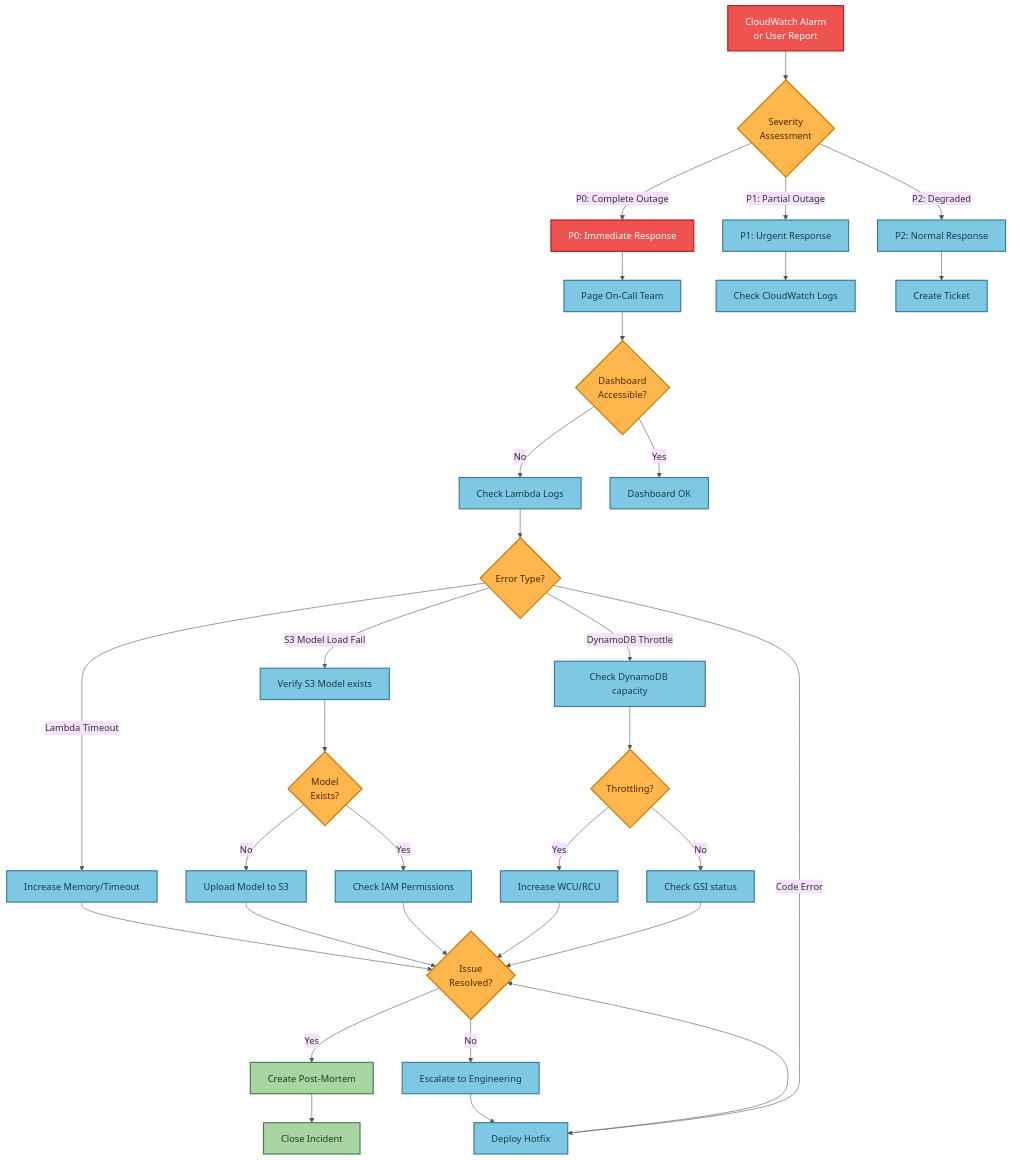
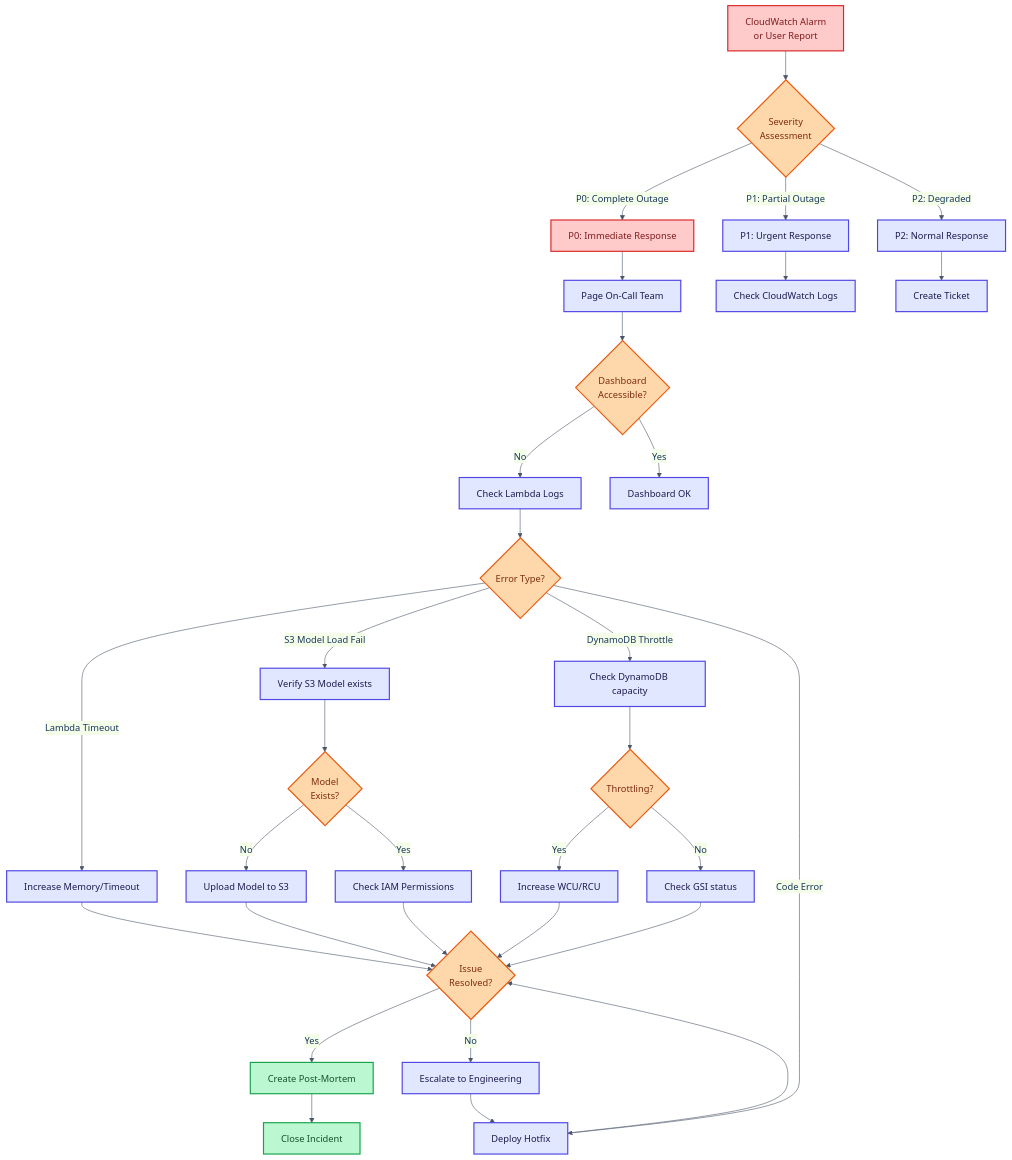
The fourth of 10 diagrams in docs/OPERATIONAL_FLOWS.md (traylorre/sentiment-analyzer-gsk), drawn with Mermaid before and after one commit. The commit also changed other lines of this file and 3 other files, not shown here.

First line of the commit message:
docs: Update all diagrams with unified WCAG-compliant color palette

````diff
--- a/docs/OPERATIONAL_FLOWS.md
+++ b/docs/OPERATIONAL_FLOWS.md
@@ -197,53 +197,53 @@
 ```mermaid
-%%{init: {'theme':'base', 'themeVariables': {'primaryColor':'#fff8e1', 'primaryTextColor':'#333', 'primaryBorderColor':'#c9a227', 'lineColor':'#555'}}}%%
+%%{init: {'theme': 'base', 'themeVariables': {'primaryColor': '#e8f4fd', 'primaryTextColor': '#1a365d', 'primaryBorderColor': '#3182ce', 'lineColor': '#4a5568'}}}%%
 flowchart TD
     Alert[CloudWatch Alarm<br/>or User Report] --> Assess{Severity<br/>Assessment}
     Assess -->|P0: Complete Outage| P0Response[P0: Immediate Response]
     Assess -->|P1: Partial Outage| P1Response[P1: Urgent Response]
     Assess -->|P2: Degraded| P2Response[P2: Normal Response]
 
     P0Response --> PageTeam[Page On-Call Team]
     PageTeam --> CheckDashboard{Dashboard<br/>Accessible?}
     CheckDashboard -->|No| CheckLambda[Check Lambda Logs]
     CheckDashboard -->|Yes| DashboardOK[Dashboard OK]
 
     P1Response --> CheckLogs[Check CloudWatch Logs]
     P2Response --> CreateTicket[Create Ticket]
 
     CheckLambda --> IdentifyError{Error Type?}
     IdentifyError -->|Lambda Timeout| IncreaseMem[Increase Memory/Timeout]
     IdentifyError -->|S3 Model Load Fail| CheckS3[Verify S3 Model exists]
     IdentifyError -->|DynamoDB Throttle| CheckDDB[Check DynamoDB capacity]
     IdentifyError -->|Code Error| CodeFix[Deploy Hotfix]
 
     CheckS3 --> S3Exists{Model<br/>Exists?}
     S3Exists -->|No| UploadModel[Upload Model to S3]
     S3Exists -->|Yes| CheckPerms[Check IAM Permissions]
 
     CheckDDB --> Throttled{Throttling?}
     Throttled -->|Yes| IncreaseCapacity[Increase WCU/RCU]
     Throttled -->|No| CheckIndex[Check GSI status]
 
     IncreaseMem --> TestFix{Issue<br/>Resolved?}
     CheckPerms --> TestFix
     IncreaseCapacity --> TestFix
     CodeFix --> TestFix
     UploadModel --> TestFix
     CheckIndex --> TestFix
 
     TestFix -->|Yes| PostMortem[Create Post-Mortem]
     TestFix -->|No| Escalate[Escalate to Engineering]
 
     PostMortem --> CloseIncident[Close Incident]
     Escalate --> CodeFix
 
-    classDef alertNode fill:#ef5350,stroke:#b71c1c,stroke-width:2px,color:#fff
-    classDef decisionNode fill:#ffb74d,stroke:#c77800,stroke-width:2px,color:#4a2800
-    classDef actionNode fill:#7ec8e3,stroke:#3a7ca5,stroke-width:2px,color:#1a3a4a
-    classDef successNode fill:#a8d5a2,stroke:#4a7c4e,stroke-width:2px,color:#1e3a1e
+    classDef alertNode fill:#fecaca,stroke:#dc2626,stroke-width:2px,color:#7f1d1d
+    classDef decisionNode fill:#fed7aa,stroke:#ea580c,stroke-width:2px,color:#7c2d12
+    classDef actionNode fill:#e0e7ff,stroke:#4f46e5,stroke-width:2px,color:#1e1b4b
+    classDef successNode fill:#bbf7d0,stroke:#16a34a,stroke-width:2px,color:#14532d
 
     class Alert,P0Response alertNode
     class Assess,CheckDashboard,IdentifyError,S3Exists,Throttled,TestFix decisionNode
     class PageTeam,CheckLambda,CheckLogs,CheckS3,CheckDDB,IncreaseMem,CodeFix,CheckPerms,P1Response,P2Response,DashboardOK,CreateTicket,UploadModel,IncreaseCapacity,CheckIndex,Escalate actionNode
     class PostMortem,CloseIncident successNode
 ```
````
